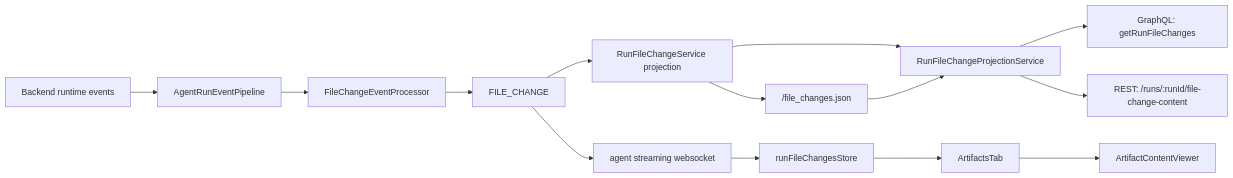
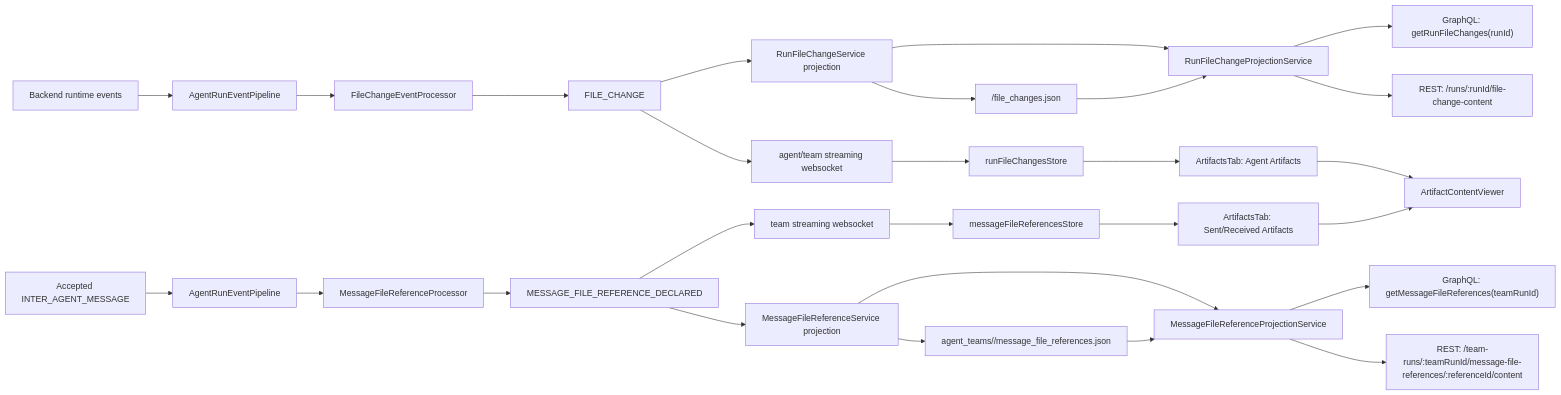
Before and after one commit to AutoByteus/autobyteus-workspace: the diagram in autobyteus-web/docs/agent_artifacts.md, drawn with Mermaid. The commit also changed other lines of this file and 74 other files, not shown here.

Commit message:
Checkpoint team message referenced artifacts

````diff
--- a/autobyteus-web/docs/agent_artifacts.md
+++ b/autobyteus-web/docs/agent_artifacts.md
@@ -43,17 +92,32 @@
 ```mermaid
 flowchart LR
   A["Backend runtime events"] --> B["AgentRunEventPipeline"]
   B --> C["FileChangeEventProcessor"]
   C --> D["FILE_CHANGE"]
   D --> E["RunFileChangeService projection"]
-  E --> F["<memoryDir>/file_changes.json"]
-  D --> G["agent streaming websocket"]
+  E --> F["<run-memory-dir>/file_changes.json"]
+  D --> G["agent/team streaming websocket"]
   G --> H["runFileChangesStore"]
-  H --> I["ArtifactsTab"]
+  H --> I["ArtifactsTab: Agent Artifacts"]
   I --> J["ArtifactContentViewer"]
 
   E --> K["RunFileChangeProjectionService"]
   F --> K
-  K --> L["GraphQL: getRunFileChanges"]
+  K --> L["GraphQL: getRunFileChanges(runId)"]
   K --> M["REST: /runs/:runId/file-change-content"]
+
+  N["Accepted INTER_AGENT_MESSAGE"] --> O["AgentRunEventPipeline"]
+  O --> P["MessageFileReferenceProcessor"]
+  P --> Q["MESSAGE_FILE_REFERENCE_DECLARED"]
+  Q --> R["MessageFileReferenceService projection"]
+  R --> S["agent_teams/<teamRunId>/message_file_references.json"]
+  Q --> T["team streaming websocket"]
+  T --> U["messageFileReferencesStore"]
+  U --> V["ArtifactsTab: Sent/Received Artifacts"]
+  V --> J
+
+  R --> W["MessageFileReferenceProjectionService"]
+  S --> W
+  W --> X["GraphQL: getMessageFileReferences(teamRunId)"]
+  W --> Y["REST: /team-runs/:teamRunId/message-file-references/:referenceId/content"]
 ```
````
